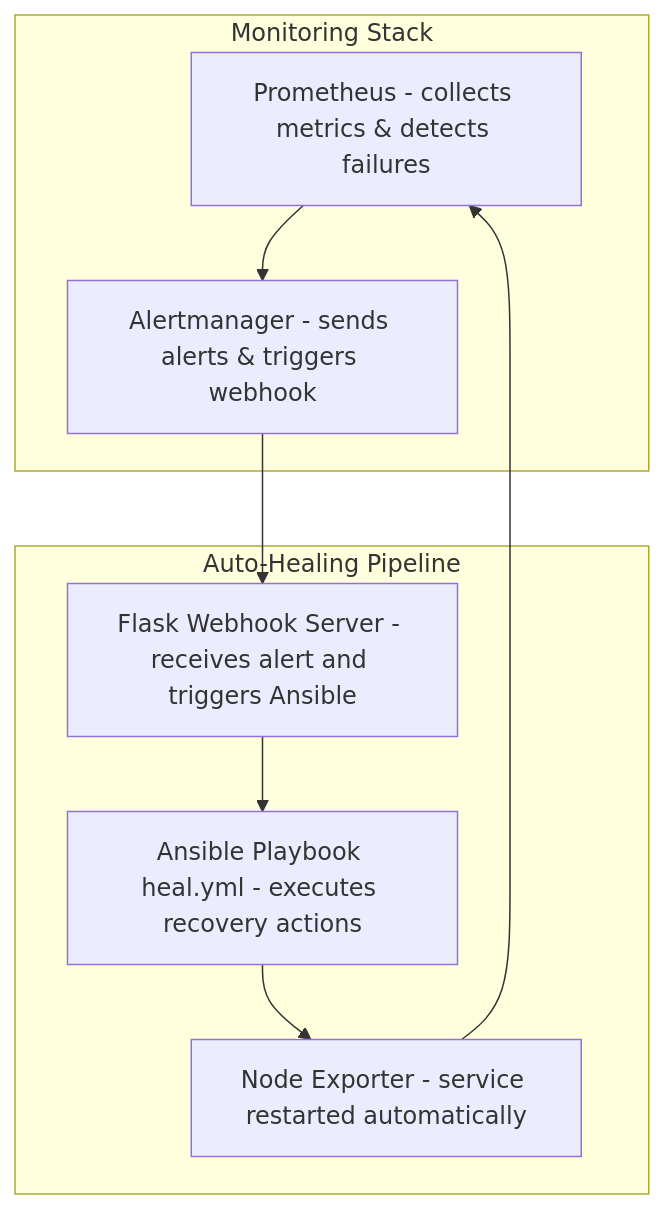
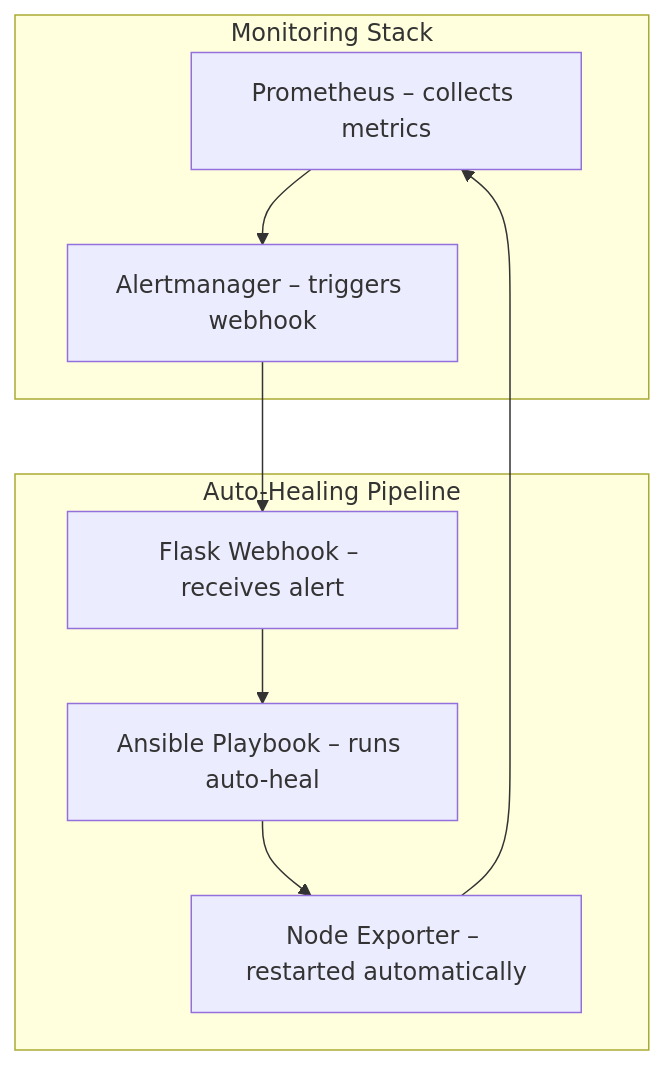
The diagram in README.MD (Vsethi44/Self-Healing-Infrastructure-with-Prometheus-Alertmanager-Ansible), drawn with Mermaid before and after one commit.

Commit message:
README.MD Updated

````diff
--- a/README.MD
+++ b/README.MD
@@ -1,14 +1,14 @@
 ```mermaid
 graph TD
     subgraph Monitoring_Stack["Monitoring Stack"]
-        A[Prometheus - collects metrics & detects failures] --> B[Alertmanager - sends alerts & triggers webhook]
+        A[Prometheus – collects metrics] --> B[Alertmanager – triggers webhook]
     end
 
     subgraph Auto_Heal_Pipeline["Auto-Healing Pipeline"]
-        B --> C[Flask Webhook Server - receives alert and triggers Ansible]
-        C --> D[Ansible Playbook heal.yml - executes recovery actions]
-        D --> E[Node Exporter - service restarted automatically]
+        B --> C[Flask Webhook – receives alert]
+        C --> D[Ansible Playbook – runs auto-heal]
+        D --> E[Node Exporter – restarted automatically]
     end
 
     E --> A
 ```
````
